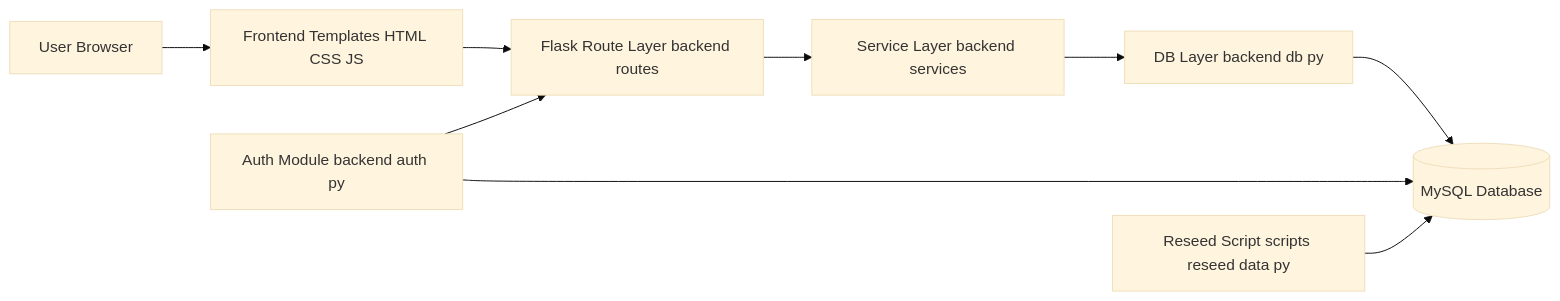
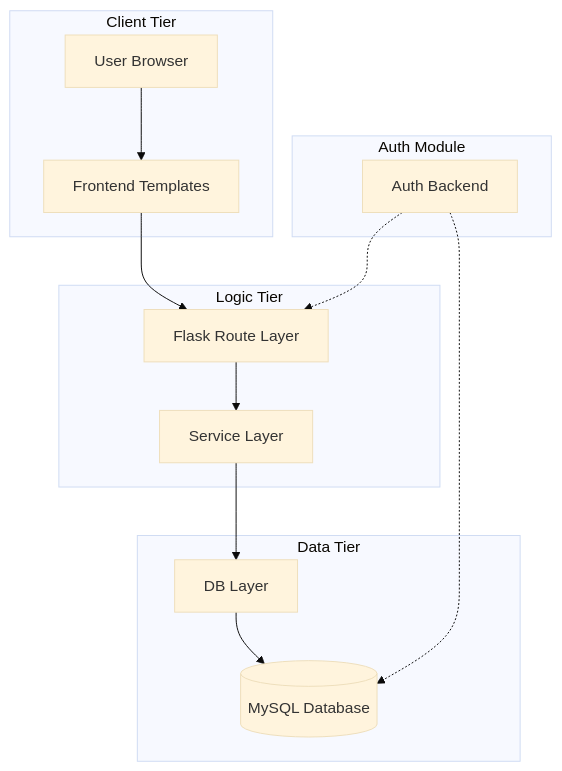
One commit to shrs425p/Patient-Record-System changed the first of 3 diagrams in BLOCK_DIAGRAM.md. Above: the diagram before and after it, drawn with Mermaid (base theme). The commit also changed other lines of this file and 4 other files, not shown here.

````diff
--- a/BLOCK_DIAGRAM.md
+++ b/BLOCK_DIAGRAM.md
@@ -5,13 +5,21 @@
 ```mermaid
-flowchart LR
-    U[User Browser] --> V[Frontend Templates HTML CSS JS]
-    V --> R[Flask Route Layer backend routes]
-    R --> S[Service Layer backend services]
-    S --> D[DB Layer backend db py]
-    D --> M[(MySQL Database)]
+flowchart TB
+    subgraph Client Tier
+        U[User Browser] --> V[Frontend Templates]
+    end
 
-    A[Auth Module backend auth py] --> R
-    A --> M
+    subgraph Logic Tier
+        V --> R[Flask Route Layer]
+        R --> S[Service Layer]
+    end
 
-    Z[Reseed Script scripts reseed data py] --> M
+    subgraph Data Tier
+        S --> D[DB Layer]
+        D --> M[(MySQL Database)]
+    end
+
+    subgraph Auth Module
+        A[Auth Backend] -.-> R
+        A -.-> M
+    end
 ```
````
